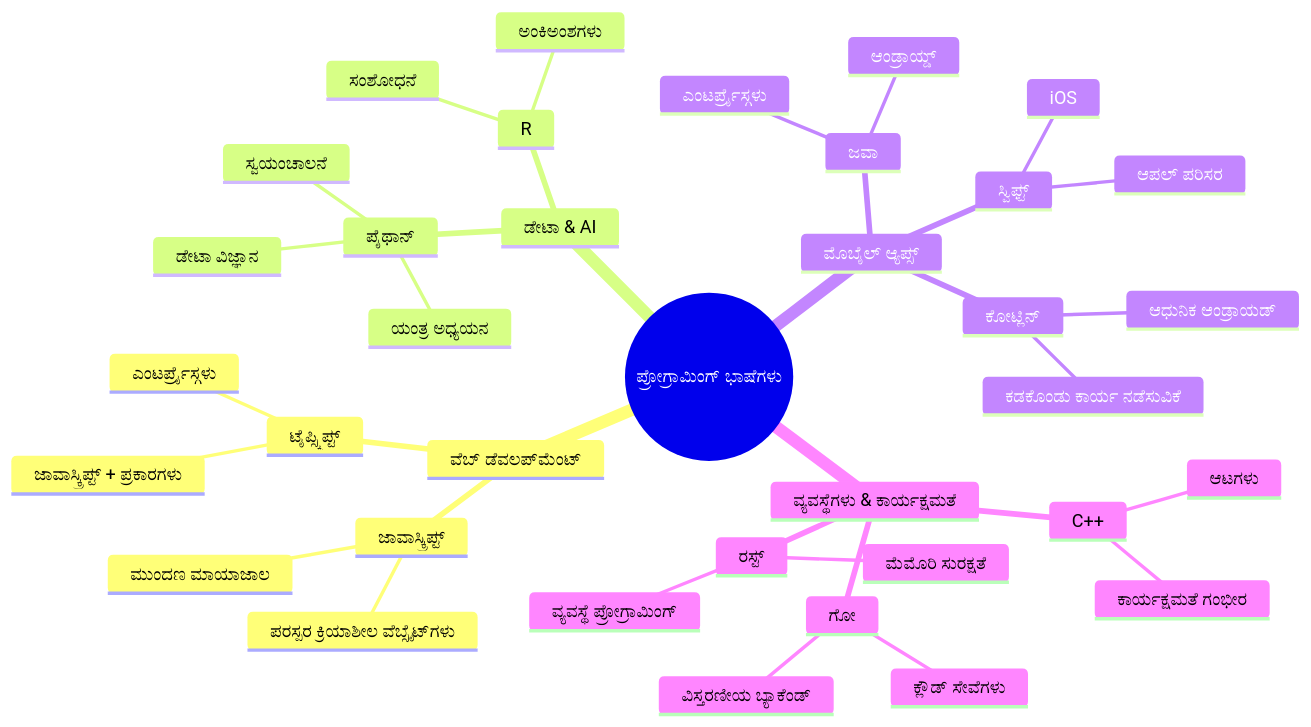
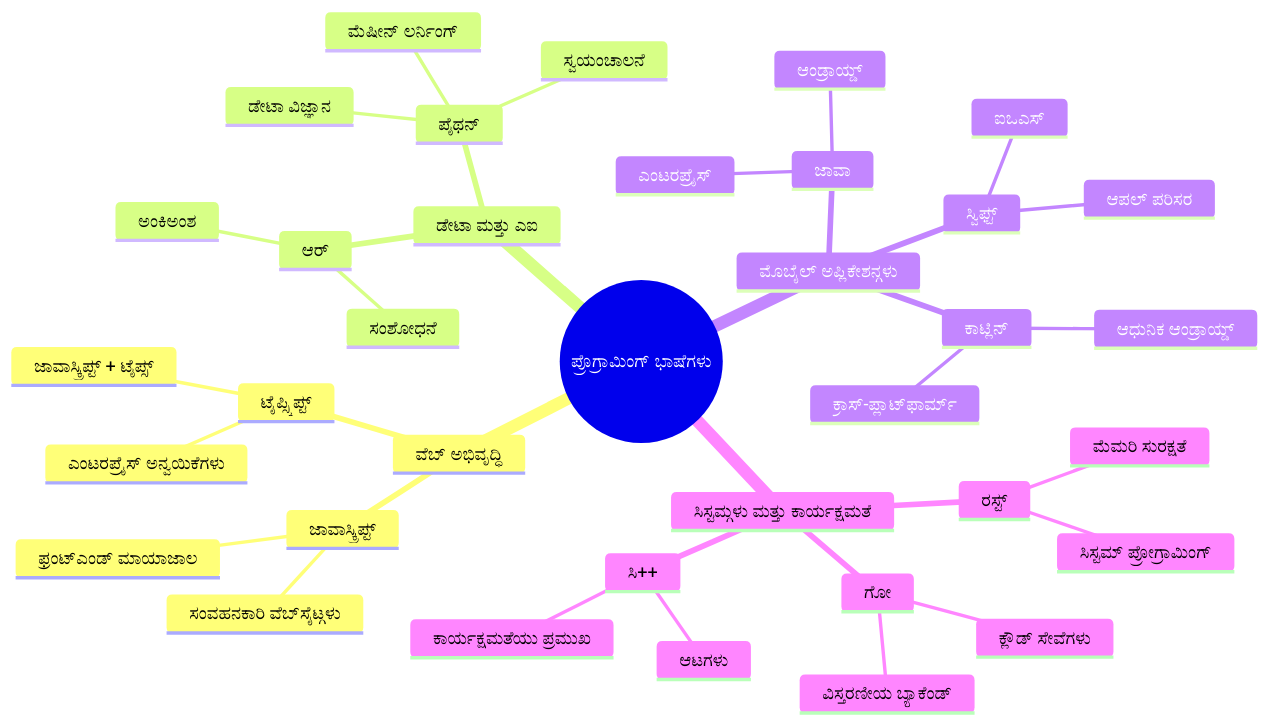
The second of 7 diagrams in translations/kn/1-getting-started-lessons/1-intro-to-programming-languages/README.md (microsoft/Web-Dev-For-Beginners), drawn with Mermaid before and after one commit. The commit also changed other lines of this file and 8 other files, not shown here.

````diff
--- a/translations/kn/1-getting-started-lessons/1-intro-to-programming-languages/README.md
+++ b/translations/kn/1-getting-started-lessons/1-intro-to-programming-languages/README.md
@@ -85,39 +85,39 @@
 ```mermaid
 mindmap
-  root((ಪ್ರೋಗ್ರಾಮಿಂಗ್ ಭಾಷೆಗಳು))
-    ವೆಬ್ ಡೆವಲಪ್‌ಮೆಂಟ್
+  root((ಪ್ರೊಗ್ರಾಮಿಂಗ್ ಭಾಷೆಗಳು))
+    ವೆಬ್ ಅಭಿವೃದ್ಧಿ
       ಜಾವಾಸ್ಕ್ರಿಪ್ಟ್
-        ಮುಂದಣ ಮಾಯಾಜಾಲ
-        ಪರಸ್ಪರ ಕ್ರಿಯಾಶೀಲ ವೆಬ್ಸೈಟ್‌ಗಳು
+        ಫ್ರಂಟ್‌ಎಂಡ್ ಮಾಯಾಜಾಲ
+        ಸಂವಹನಕಾರಿ ವೆಬ್‌ಸೈಟ್ಗಳು
       ಟೈಪ್ಸ್ಕ್ರಿಪ್ಟ್
-        ಜಾವಾಸ್ಕ್ರಿಪ್ಟ್ + ಪ್ರಕಾರಗಳು
-        ಎಂಟರ್ಪ್ರೈಸ್ಗಳು
-    ಡೇಟಾ & AI
-      ಪೈಥಾನ್
+        ಜಾವಾಸ್ಕ್ರಿಪ್ಟ್ + ಟೈಪ್ಸ್
+        ಎಂಟರಪ್ರೈಸ್ ಅನ್ವಯಿಕೆಗಳು
+    ಡೇಟಾ ಮತ್ತು ಎಐ
+      ಪೈಥನ್
         ಡೇಟಾ ವಿಜ್ಞಾನ
-        ಯಂತ್ರ ಅಧ್ಯಯನ
+        ಮೆಷೀನ್ ಲರ್ನಿಂಗ್
         ಸ್ವಯಂಚಾಲನೆ
-      R
-        ಅಂಕಿಅಂಶಗಳು
+      ಆರ್
+        ಅಂಕಿಅಂಶ
         ಸಂಶೋಧನೆ
-    ಮೊಬೈಲ್ ಆ್ಯಪ್ಸ್
-      ಜವಾ
+    ಮೊಬೈಲ್ ಅಪ್ಲಿಕೇಶನ್ಗಳು
+      ಜಾವಾ
         ಆಂಡ್ರಾಯ್ಡ್
-        ಎಂಟರ್ಪ್ರೈಸ್ಗಳು
+        ಎಂಟರಪ್ರೈಸ್
       ಸ್ವಿಫ್ಟ್
-        iOS
+        ಐಒಎಸ್
         ಆಪಲ್ ಪರಿಸರ
-      ಕೋಟ್ಲಿನ್
-        ಆಧುನಿಕ ಆಂಡ್ರಾಯಡ್
-        ಕಡಕೊಂಡು ಕಾರ್ಯ ನಡೆಸುವಿಕೆ
-    ವ್ಯವಸ್ಥೆಗಳು & ಕಾರ್ಯಕ್ಷಮತೆ
-      C++
+      ಕಾಟ್ಲಿನ್
+        ಆಧುನಿಕ ಆಂಡ್ರಾಯ್ಡ್
+        ಕ್ರಾಸ್-ಪ್ಲಾಟ್‌ಫಾರ್ಮ್
+    ಸಿಸ್ಟಮ್ಗಳು ಮತ್ತು ಕಾರ್ಯಕ್ಷಮತೆ
+      ಸಿ++
         ಆಟಗಳು
-        ಕಾರ್ಯಕ್ಷಮತೆ ಗಂಭೀರ
+        ಕಾರ್ಯಕ್ಷಮತೆಯು ಪ್ರಮುಖ
       ರಸ್ಟ್
-        ಮೆಮೊರಿ ಸುರಕ್ಷತೆ
-        ವ್ಯವಸ್ಥೆ ಪ್ರೋಗ್ರಾಮಿಂಗ್
+        ಮೆಮರಿ ಸುರಕ್ಷತೆ
+        ಸಿಸ್ಟಮ್ ಪ್ರೋಗ್ರಾಮಿಂಗ್
       ಗೋ
         ಕ್ಲೌಡ್ ಸೇವೆಗಳು
         ವಿಸ್ತರಣೀಯ ಬ್ಯಾಕೆಂಡ್
 ```
````
